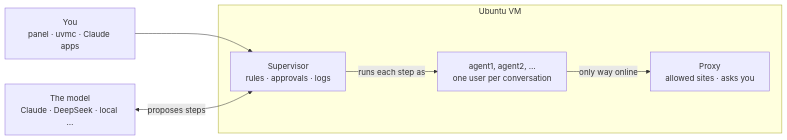
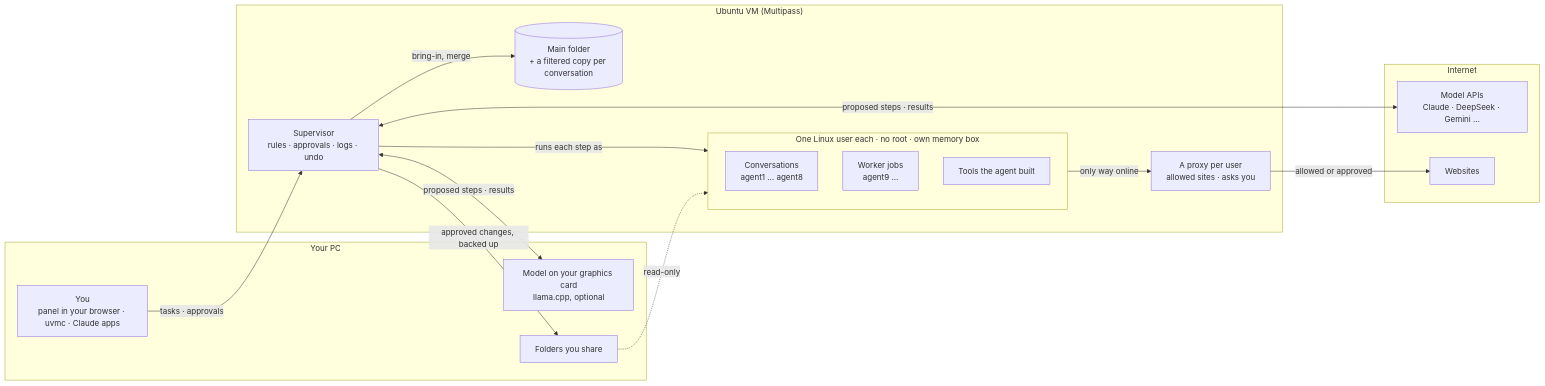
The diagram in README.md (strat0sf3r/UVMC), drawn with Mermaid before and after one commit. The commit also changed other lines of this file and 1 other file, not shown here.

Commit message:
Add an interactive map of UVMC and a fuller diagram in the README

````diff
--- a/README.md
+++ b/README.md
@@ -42,9 +42,31 @@
 ```mermaid
 flowchart LR
-    You["You<br/>panel · uvmc · Claude apps"] --> S
-    M["The model<br/>Claude · DeepSeek · local …"] <-->|proposes steps| S
-    subgraph VM["Ubuntu VM"]
-        S["Supervisor<br/>rules · approvals · logs"] -->|runs each step as| A["agent1, agent2, …<br/>one user per conversation"]
-        A -->|only way online| P["Proxy<br/>allowed sites · asks you"]
+    subgraph PC["Your PC"]
+        You["You<br/>panel in your browser · uvmc · Claude apps"]
+        GPU["Model on your graphics card<br/>llama.cpp, optional"]
+        Folders["Folders you share"]
     end
+    subgraph VM["Ubuntu VM (Multipass)"]
+        S["Supervisor<br/>rules · approvals · logs · undo"]
+        subgraph Users["One Linux user each · no root · own memory box"]
+            A["Conversations<br/>agent1 … agent8"]
+            W["Worker jobs<br/>agent9 …"]
+            T["Tools the agent built"]
+        end
+        P["A proxy per user<br/>allowed sites · asks you"]
+        Main[("Main folder<br/>+ a filtered copy per conversation")]
+    end
+    subgraph Net["Internet"]
+        M["Model APIs<br/>Claude · DeepSeek · Gemini …"]
+        Sites["Websites"]
+    end
+    You -->|tasks · approvals| S
+    S <-->|proposed steps · results| M
+    S <-->|proposed steps · results| GPU
+    S -->|runs each step as| Users
+    Users -->|only way online| P
+    P -->|allowed or approved| Sites
+    Folders -.->|read-only| Users
+    S -->|approved changes, backed up| Folders
+    S -->|bring-in, merge| Main
 ```
````
